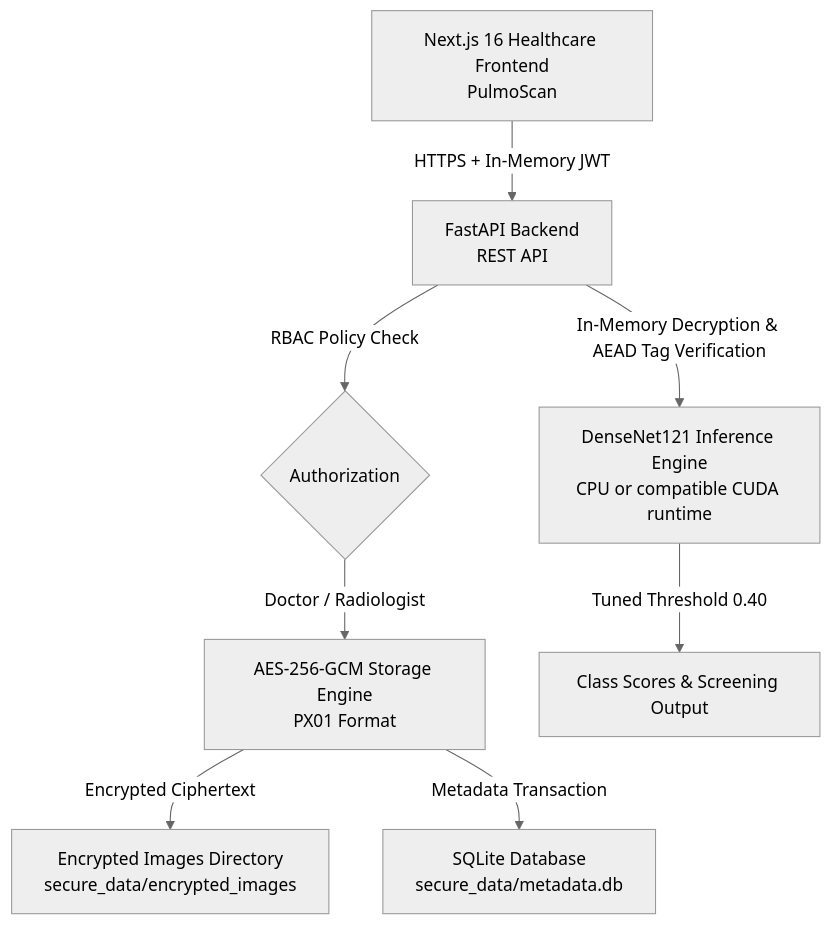
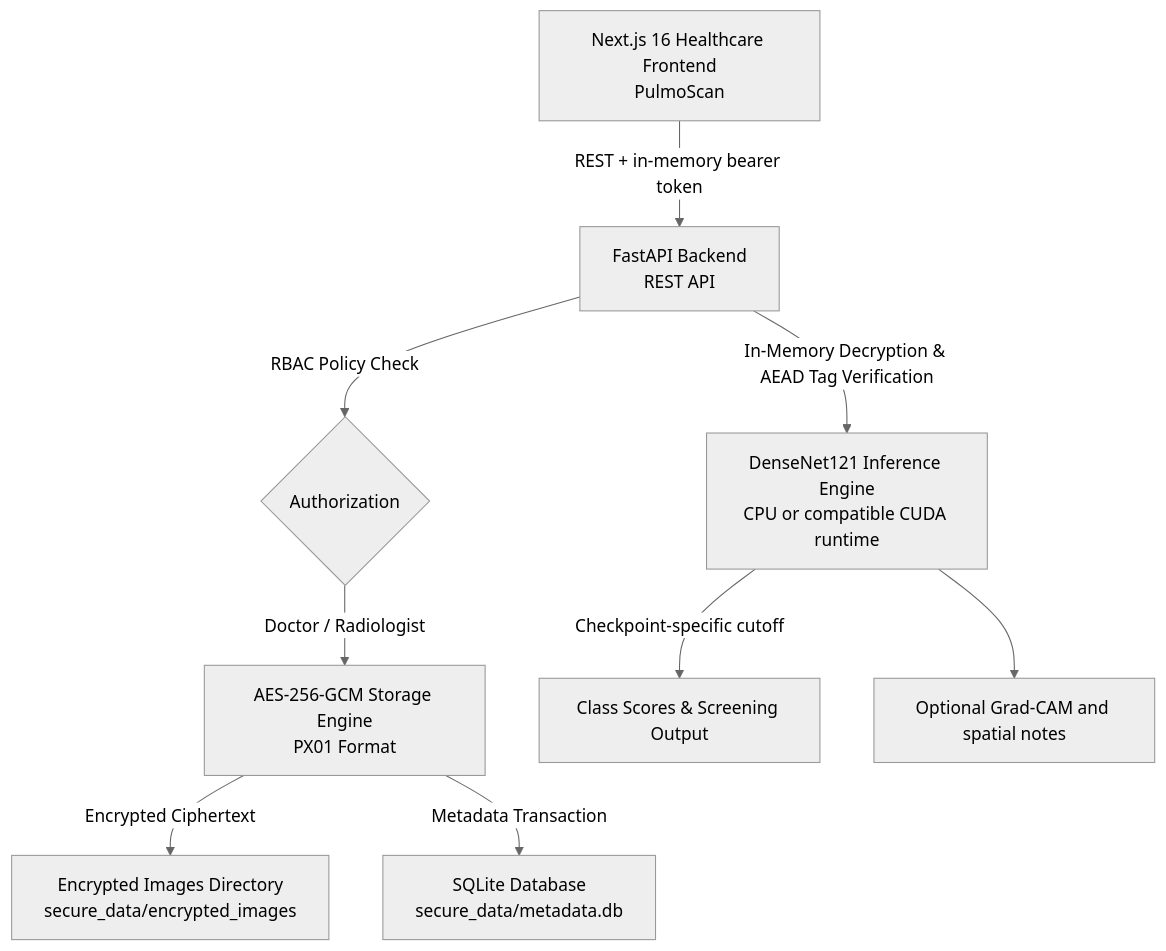
The diagram in README.md (Vivekpatel2007/ISC-Project), drawn with Mermaid (neutral theme) before and after one commit. The commit also changed other lines of this file and 7 other files, not shown here.

````diff
--- a/README.md
+++ b/README.md
@@ -55,10 +71,11 @@
 ```mermaid
 graph TD
-    A[Next.js 16 Healthcare Frontend\nPulmoScan] -->|HTTPS + In-Memory JWT| B[FastAPI Backend\nREST API]
+    A[Next.js 16 Healthcare Frontend\nPulmoScan] -->|REST + in-memory bearer token| B[FastAPI Backend\nREST API]
     B -->|RBAC Policy Check| C{Authorization}
     C -->|Doctor / Radiologist| D[AES-256-GCM Storage Engine\nPX01 Format]
     D -->|Encrypted Ciphertext| E[Encrypted Images Directory\nsecure_data/encrypted_images]
     D -->|Metadata Transaction| F[SQLite Database\nsecure_data/metadata.db]
     B -->|In-Memory Decryption & AEAD Tag Verification| G[DenseNet121 Inference Engine\nCPU or compatible CUDA runtime]
-    G -->|Tuned Threshold 0.40| H[Class Scores & Screening Output]
+    G -->|Checkpoint-specific cutoff| H[Class Scores & Screening Output]
+    G --> I[Optional Grad-CAM and spatial notes]
 ```
````
